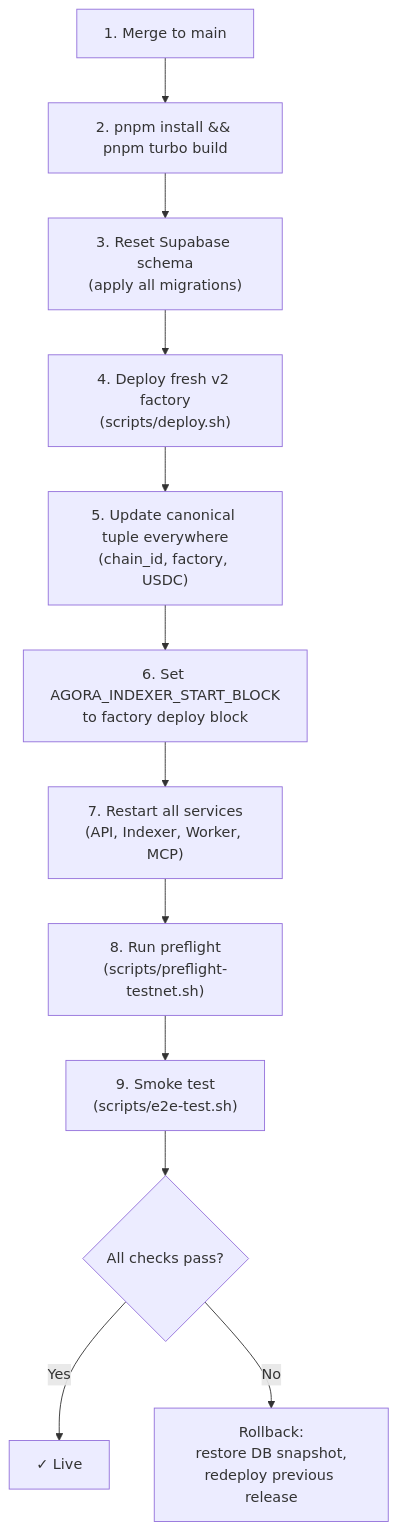
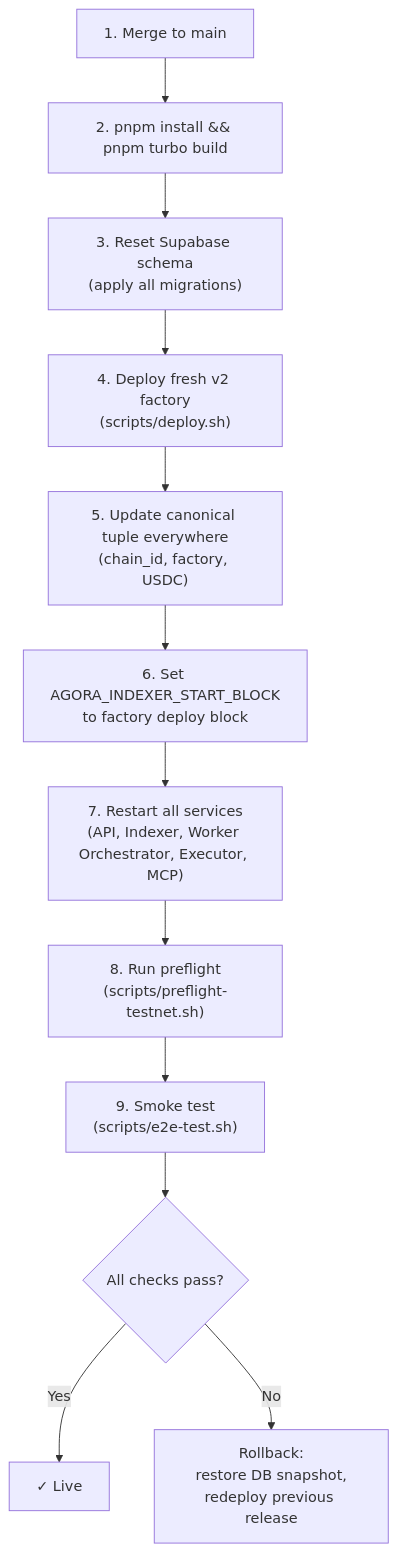
One commit to andymolecule/Agora changed the diagram in docs/deployment.md. Above: the diagram before and after it, drawn with Mermaid. The commit also changed other lines of this file and 23 other files, not shown here.

````diff
--- a/docs/deployment.md
+++ b/docs/deployment.md
@@ -95,14 +97,14 @@
 ```mermaid
 flowchart TB
     A["1. Merge to main"] --> B["2. pnpm install && pnpm turbo build"]
     B --> C["3. Reset Supabase schema<br/>(apply all migrations)"]
     C --> D["4. Deploy fresh v2 factory<br/>(scripts/deploy.sh)"]
     D --> E["5. Update canonical tuple everywhere<br/>(chain_id, factory, USDC)"]
     E --> F["6. Set AGORA_INDEXER_START_BLOCK<br/>to factory deploy block"]
-    F --> G["7. Restart all services<br/>(API, Indexer, Worker, MCP)"]
+    F --> G["7. Restart all services<br/>(API, Indexer, Worker Orchestrator, Executor, MCP)"]
     G --> H["8. Run preflight<br/>(scripts/preflight-testnet.sh)"]
     H --> I["9. Smoke test<br/>(scripts/e2e-test.sh)"]
     I --> J{"All checks pass?"}
     J -->|Yes| K["✓ Live"]
     J -->|No| L["Rollback:<br/>restore DB snapshot,<br/>redeploy previous release"]
 ```
````
